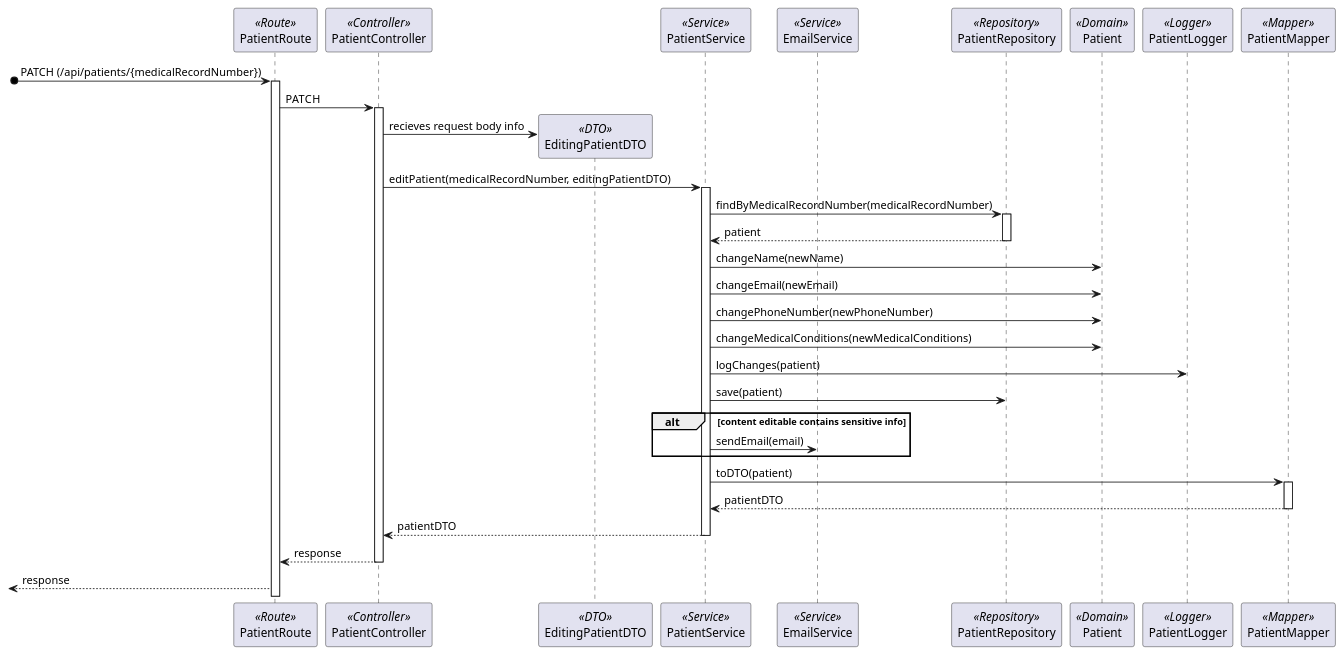
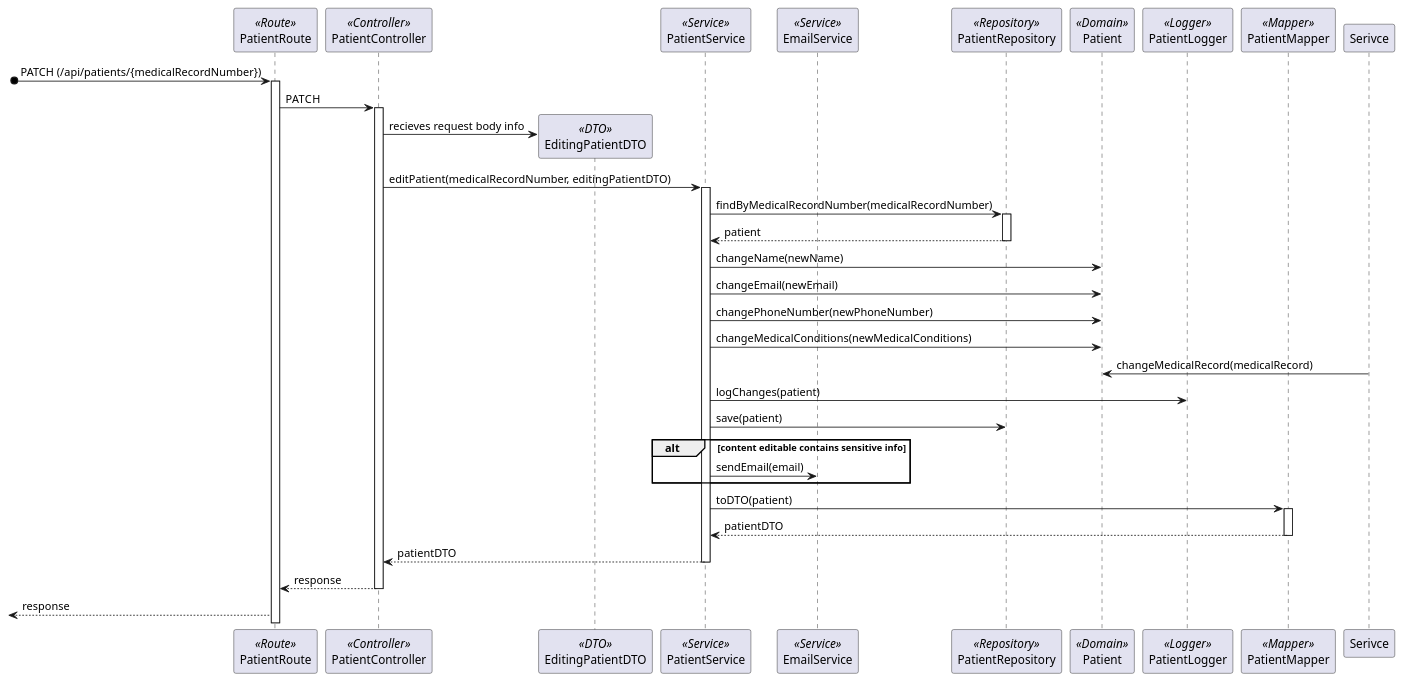
The diagram in docs/Sprint_1/US_5.1.9/L3/Process_View.puml (Rodrick0209/ISEP-SEM5PI-24-25), drawn with PlantUML before and after one commit. The commit also changed 1 other file, not shown here.

Commit message:
US 5.1.9 Design (added Patient Record reference in Level 3 Process View Diagram) #10

```diff
--- a/docs/Sprint_1/US_5.1.9/L3/Process_View.puml
+++ b/docs/Sprint_1/US_5.1.9/L3/Process_View.puml
@@ -2,39 +2,40 @@
 @startuml Process_View
 participant PatientRoute as Route <<Route>>
 participant PatientController as Controller <<Controller>>
 participant EditingPatientDTO as DTO <<DTO>>
 participant PatientService as Service <<Service>>
 participant EmailService as EmailService <<Service>>
 participant PatientRepository as Repository <<Repository>>
 participant Patient as Domain <<Domain>>
 participant PatientLogger as Logger <<Logger>>
 participant PatientMapper as Mapper <<Mapper>>
 [o-> Route: PATCH (/api/patients/{medicalRecordNumber})
 activate Route
 Route -> Controller : PATCH
 activate Controller
 Controller -> DTO** : recieves request body info
 Controller -> Service : editPatient(medicalRecordNumber, editingPatientDTO)
 activate Service
 Service -> Repository : findByMedicalRecordNumber(medicalRecordNumber)
 activate Repository
 return patient
 Service -> Domain : changeName(newName)
 Service -> Domain : changeEmail(newEmail)
 Service -> Domain : changePhoneNumber(newPhoneNumber)
 Service -> Domain : changeMedicalConditions(newMedicalConditions)
+Serivce -> Domain : changeMedicalRecord(medicalRecord)
 Service -> Logger : logChanges(patient)
 Service -> Repository : save(patient)
 alt content editable contains sensitive info
     Service -> EmailService : sendEmail(email)
 end
 Service -> Mapper : toDTO(patient)
 activate Mapper
 return patientDTO
 Service --> Controller : patientDTO
 deactivate Service
 Controller --> Route : response
 deactivate Controller
 <-- Route : response
 
 @enduml
```
